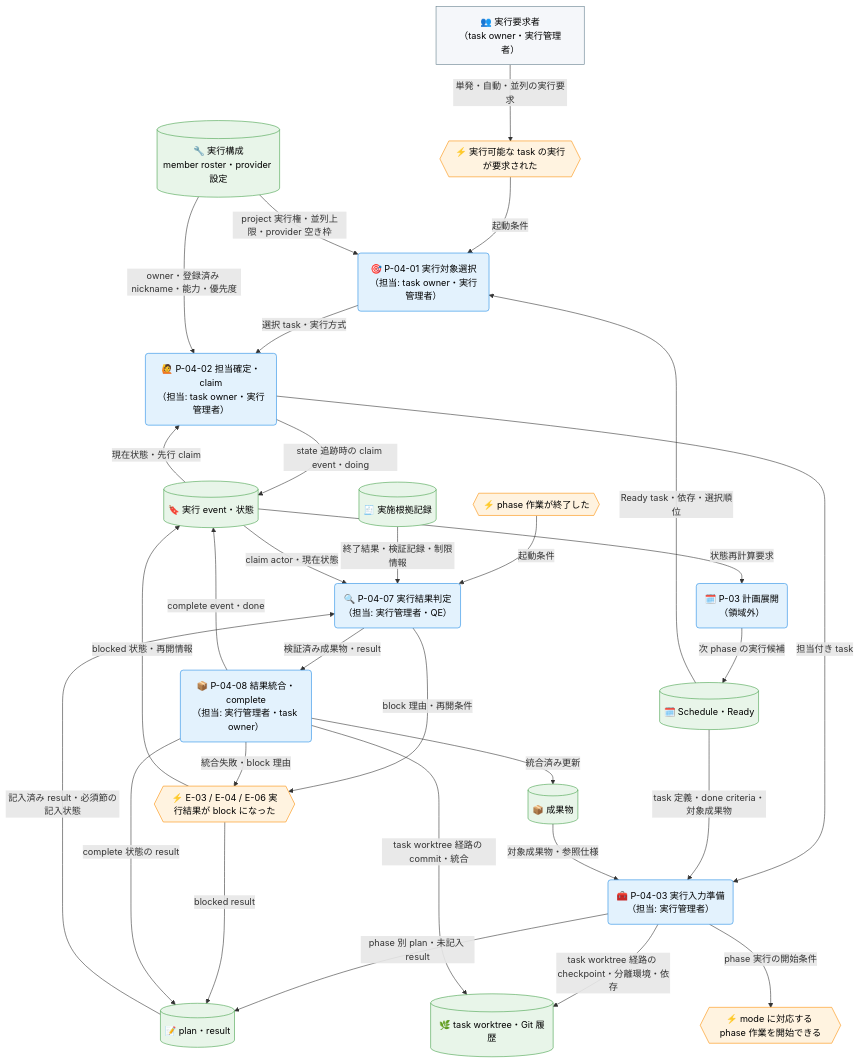
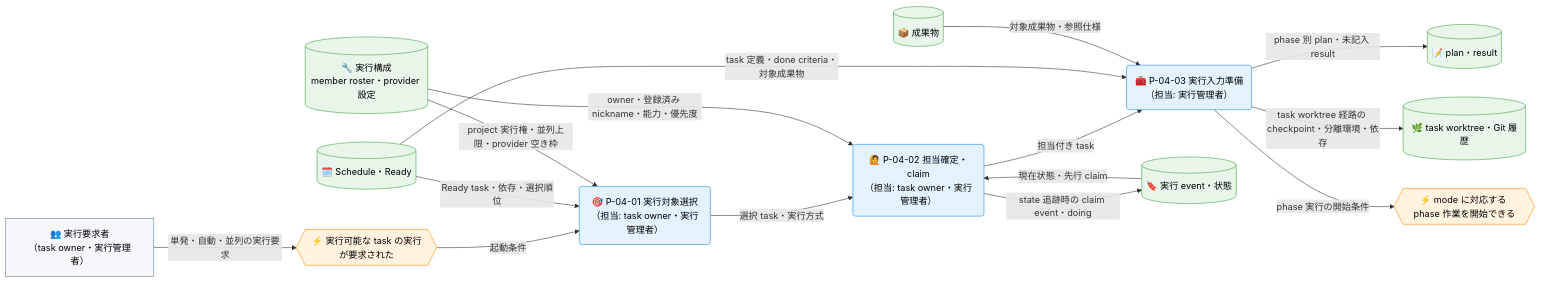
Before and after one commit to specdojo/specdojo: the first of 4 diagrams in docs/ja/product/010-business-specs/010-data-flow/cdfd-task-execution.md, drawn with Mermaid. The commit also changed other lines of this file, not shown here.

First line of the commit message:
docs(cdfd-task-execution): remove non-rulebook 受入確認 and split flows

````diff
--- a/docs/ja/product/010-business-specs/010-data-flow/cdfd-task-execution.md
+++ b/docs/ja/product/010-business-specs/010-data-flow/cdfd-task-execution.md
@@ -55,69 +55,45 @@
 ```mermaid
-flowchart TB
+flowchart LR
   classDef process fill:#e3f2fd,stroke:#1e88e5,color:#000
   classDef event fill:#fff3e0,stroke:#fb8c00,color:#000
   classDef store fill:#e8f5e9,stroke:#43a047,color:#000
   classDef actor fill:#f5f7fa,stroke:#607d8b,color:#000
 
   実行要求者["👥 実行要求者<br>（task owner・実行管理者）"]
 
   実行要求{{"⚡ 実行可能な task の実行が要求された"}}
   phase開始可能{{"⚡ mode に対応する phase 作業を開始できる"}}
-  phase終了{{"⚡ phase 作業が終了した"}}
-  実行異常{{"⚡ E-03 / E-04 / E-06 実行結果が block になった"}}
 
   実行対象選択("🎯 P-04-01 実行対象選択<br>（担当: task owner・実行管理者）")
   担当確定claim("🙋 P-04-02 担当確定・claim<br>（担当: task owner・実行管理者）")
   実行入力準備("🧰 P-04-03 実行入力準備<br>（担当: 実行管理者）")
-  実行結果判定("🔍 P-04-07 実行結果判定<br>（担当: 実行管理者・QE）")
-  結果統合complete("📦 P-04-08 結果統合・complete<br>（担当: 実行管理者・task owner）")
-
-  計画展開先("🗓️ P-03 計画展開<br>（領域外）")
 
   ScheduleReady[("🗓️ Schedule・Ready")]
   実行構成[("🔧 実行構成<br>member roster・provider 設定")]
   成果物[("📦 成果物")]
   planResult[("📝 plan・result")]
-  実施根拠記録[("🧾 実施根拠記録")]
   実行event[("🔖 実行 event・状態")]
   taskWorktree[("🌿 task worktree・Git 履歴")]
 
   実行要求者 -->|"単発・自動・並列の実行要求"| 実行要求
   実行要求 -->|"起動条件"| 実行対象選択
   ScheduleReady -->|"Ready task・依存・選択順位"| 実行対象選択
   実行構成 -->|"project 実行権・並列上限・provider 空き枠"| 実行対象選択
 
   実行対象選択 -->|"選択 task・実行方式"| 担当確定claim
   実行構成 -->|"owner・登録済み nickname・能力・優先度"| 担当確定claim
   実行event -->|"現在状態・先行 claim"| 担当確定claim
   担当確定claim -->|"state 追跡時の claim event・doing"| 実行event
   担当確定claim -->|"担当付き task"| 実行入力準備
 
   ScheduleReady -->|"task 定義・done criteria・対象成果物"| 実行入力準備
   成果物 -->|"対象成果物・参照仕様"| 実行入力準備
   実行入力準備 -->|"phase 別 plan・未記入 result"| planResult
   実行入力準備 -->|"task worktree 経路の checkpoint・分離環境・依存"| taskWorktree
   実行入力準備 -->|"phase 実行の開始条件"| phase開始可能
 
-  phase終了 -->|"起動条件"| 実行結果判定
-  planResult -->|"記入済み result・必須節の記入状態"| 実行結果判定
-  実施根拠記録 -->|"終了結果・検証記録・制限情報"| 実行結果判定
-  実行event -->|"claim actor・現在状態"| 実行結果判定
-  実行結果判定 -->|"検証済み成果物・result"| 結果統合complete
-  実行結果判定 -->|"block 理由・再開条件"| 実行異常
-  実行異常 -->|"blocked result"| planResult
-  実行異常 -->|"blocked 状態・再開情報"| 実行event
-
-  結果統合complete -->|"complete 状態の result"| planResult
-  結果統合complete -->|"task worktree 経路の commit・統合"| taskWorktree
-  結果統合complete -->|"統合済み更新"| 成果物
-  結果統合complete -->|"complete event・done"| 実行event
-  結果統合complete -->|"統合失敗・block 理由"| 実行異常
-  実行event -->|"状態再計算要求"| 計画展開先
-  計画展開先 -->|"次 phase の実行候補"| ScheduleReady
-
-  class 実行対象選択,担当確定claim,実行入力準備,実行結果判定,結果統合complete,計画展開先 process
-  class 実行要求,phase開始可能,phase終了,実行異常 event
-  class ScheduleReady,実行構成,成果物,planResult,実施根拠記録,実行event,taskWorktree store
+  class 実行対象選択,担当確定claim,実行入力準備 process
+  class 実行要求,phase開始可能 event
+  class ScheduleReady,実行構成,成果物,planResult,実行event,taskWorktree store
   class 実行要求者 actor
 ```
````
